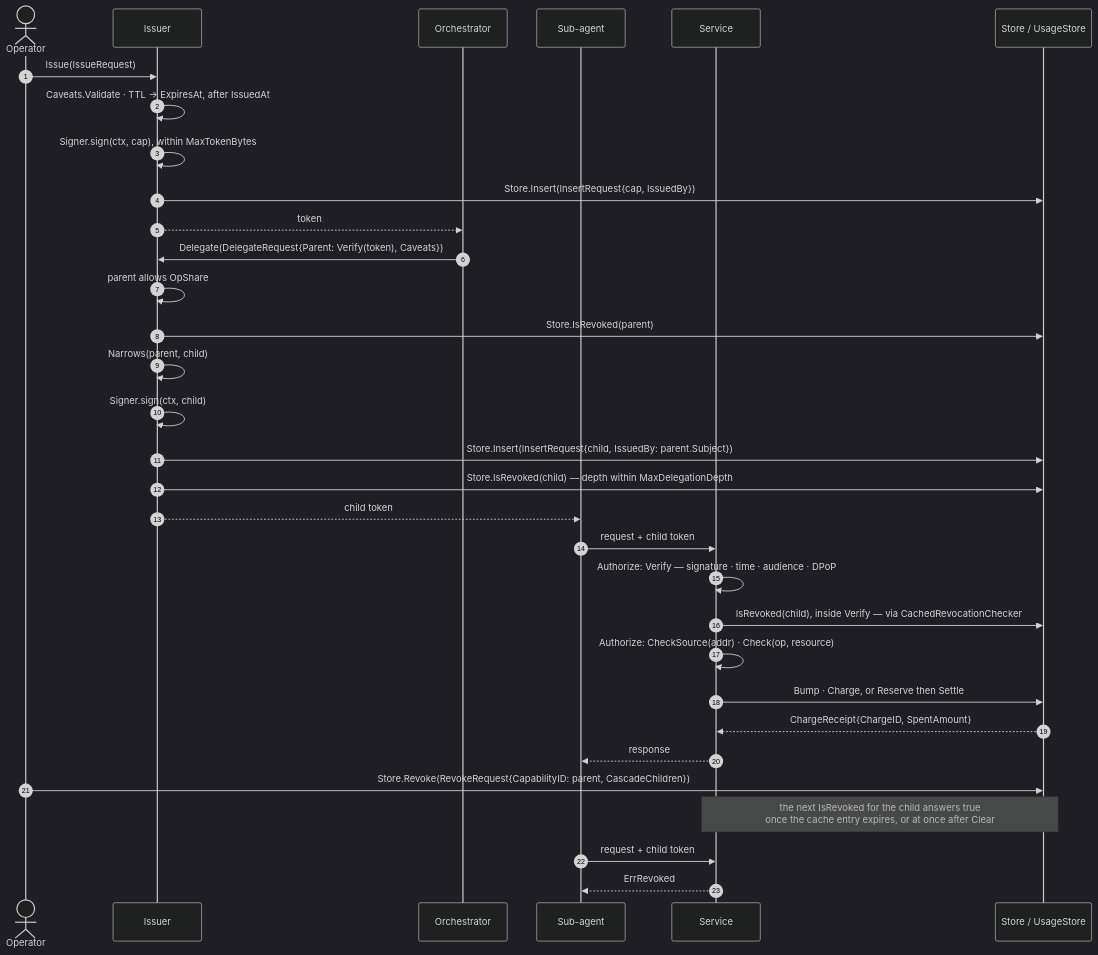
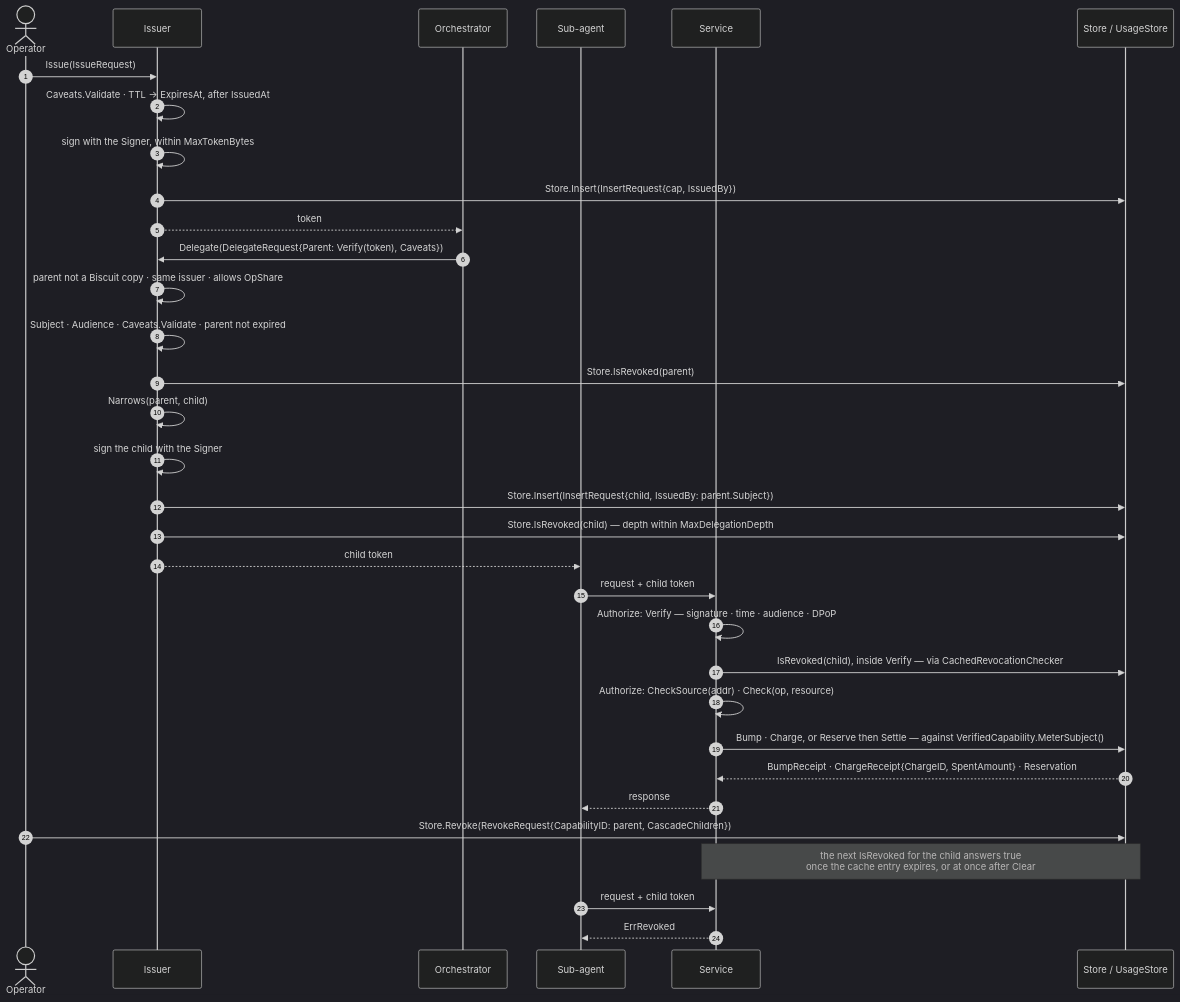
One commit to oleg-tkachuk/limes changed the second of 11 diagrams in docs/diagrams.md. Above: the diagram before and after it, drawn with Mermaid (dark theme). The commit also changed other lines of this file, not shown here.

First line of the commit message:
docs(diagrams): show the shipped stores and correct the gates, charge and revocation

````diff
--- a/docs/diagrams.md
+++ b/docs/diagrams.md
@@ -114,38 +142,39 @@
 ```mermaid
 sequenceDiagram
     autonumber
     actor Op as Operator
     participant I as Issuer
     participant O as Orchestrator
     participant W as Sub-agent
     participant S as Service
     participant St as Store / UsageStore
 
     Op->>I: Issue(IssueRequest)
     I->>I: Caveats.Validate · TTL → ExpiresAt, after IssuedAt
-    I->>I: Signer.sign(ctx, cap), within MaxTokenBytes
+    I->>I: sign with the Signer, within MaxTokenBytes
     I->>St: Store.Insert(InsertRequest{cap, IssuedBy})
     I-->>O: token
 
     O->>I: Delegate(DelegateRequest{Parent: Verify(token), Caveats})
-    I->>I: parent allows OpShare
+    I->>I: parent not a Biscuit copy · same issuer · allows OpShare
+    I->>I: Subject · Audience · Caveats.Validate · parent not expired
     I->>St: Store.IsRevoked(parent)
     I->>I: Narrows(parent, child)
-    I->>I: Signer.sign(ctx, child)
+    I->>I: sign the child with the Signer
     I->>St: Store.Insert(InsertRequest{child, IssuedBy: parent.Subject})
     I->>St: Store.IsRevoked(child) — depth within MaxDelegationDepth
     I-->>W: child token
 
     W->>S: request + child token
     S->>S: Authorize: Verify — signature · time · audience · DPoP
     S->>St: IsRevoked(child), inside Verify — via CachedRevocationChecker
     S->>S: Authorize: CheckSource(addr) · Check(op, resource)
-    S->>St: Bump · Charge, or Reserve then Settle
-    St-->>S: ChargeReceipt{ChargeID, SpentAmount}
+    S->>St: Bump · Charge, or Reserve then Settle — against VerifiedCapability.MeterSubject()
+    St-->>S: BumpReceipt · ChargeReceipt{ChargeID, SpentAmount} · Reservation
     S-->>W: response
 
     Op->>St: Store.Revoke(RevokeRequest{CapabilityID: parent, CascadeChildren})
     Note over S,St: the next IsRevoked for the child answers true<br/>once the cache entry expires, or at once after Clear
     W->>S: request + child token
     S-->>W: ErrRevoked
 ```
````
